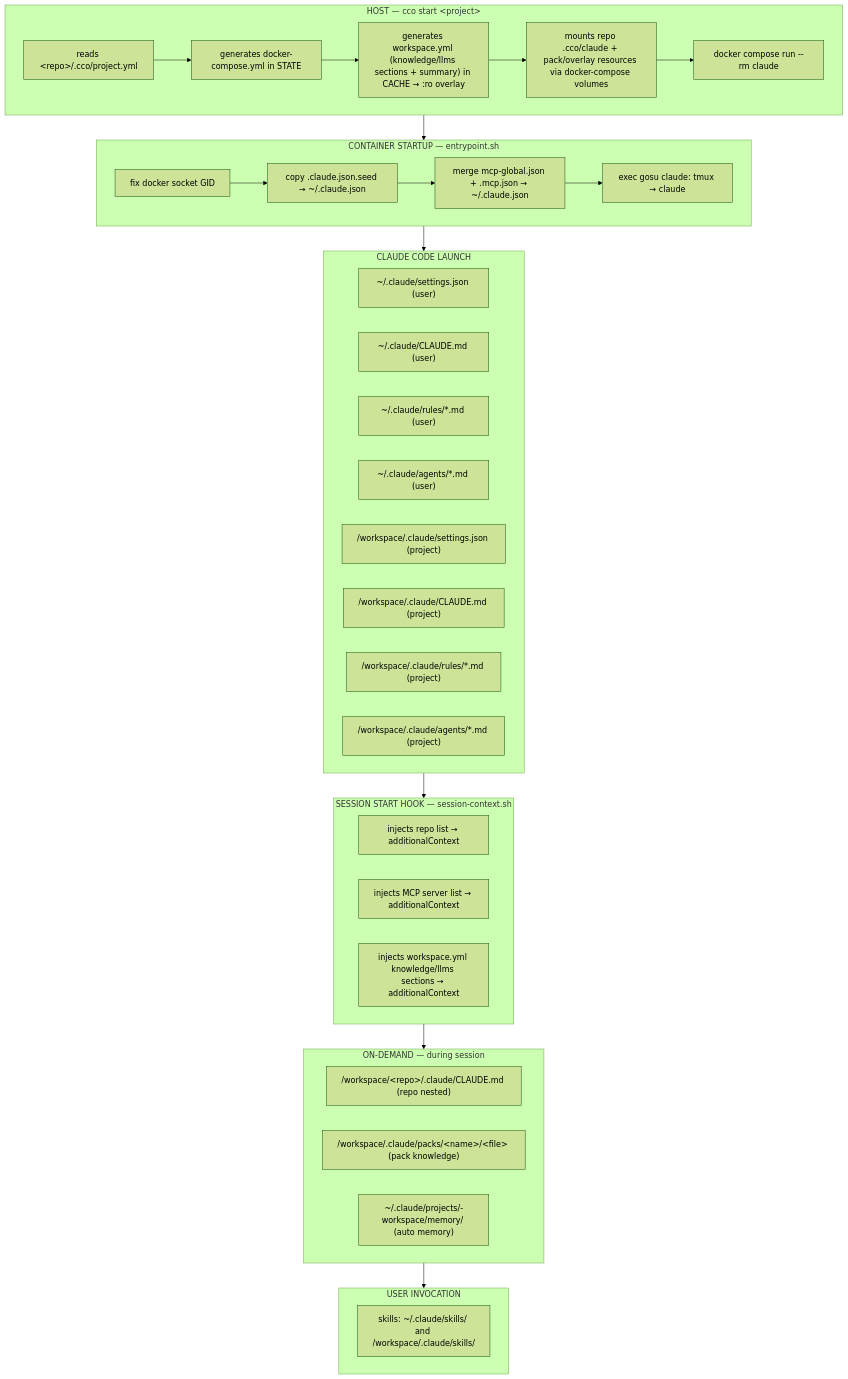
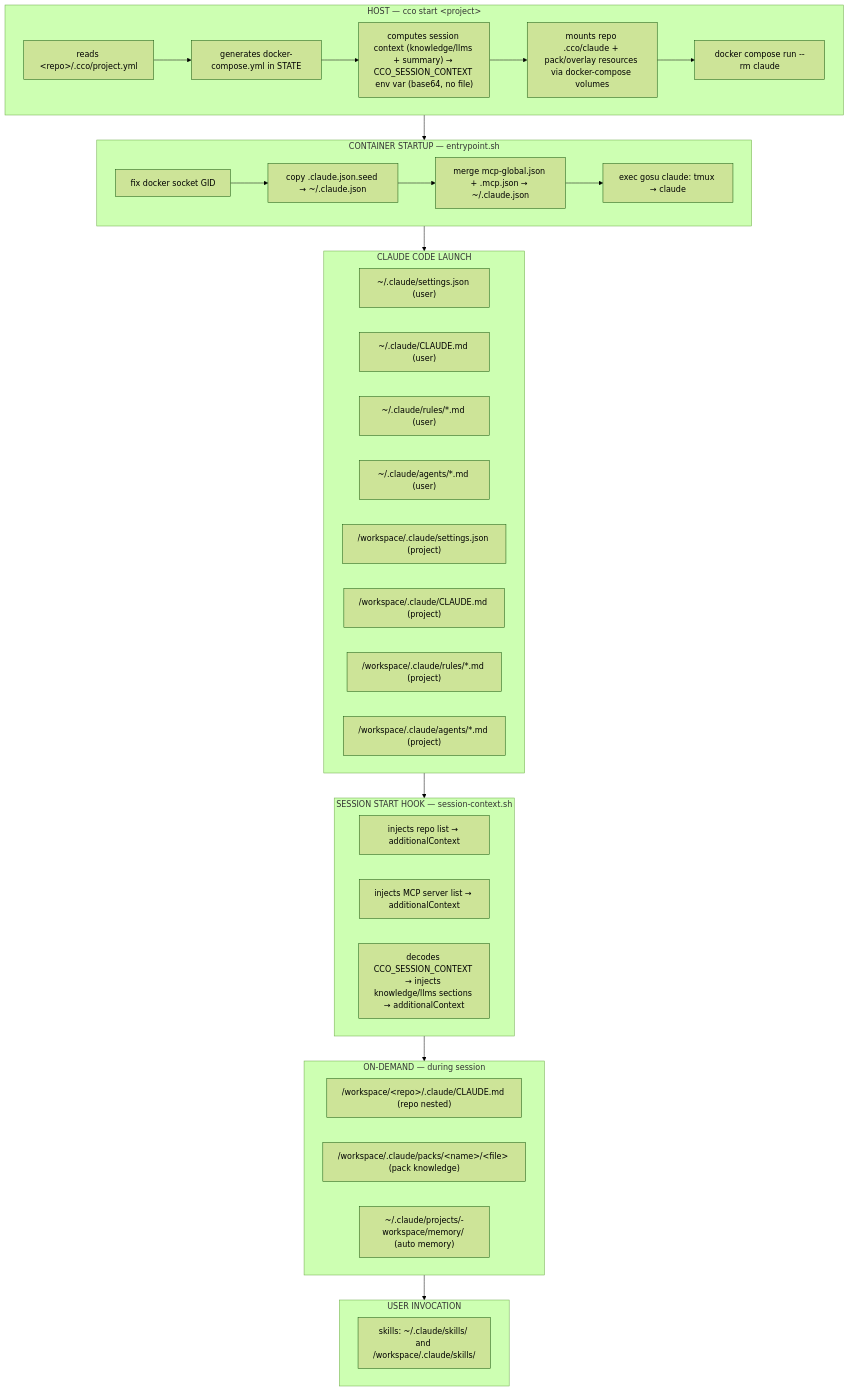
The diagram in docs/users/foundation/reference/context-hierarchy.md (alergyonthestage/claude-orchestrator), drawn with Mermaid (forest theme) before and after one commit. The commit also changed other lines of this file and 11 other files, not shown here.

````diff
--- a/docs/users/foundation/reference/context-hierarchy.md
+++ b/docs/users/foundation/reference/context-hierarchy.md
@@ -740,48 +741,48 @@
 ```mermaid
 graph TD
     subgraph HOST ["HOST — cco start &lt;project&gt;"]
         H1["reads &lt;repo&gt;/.cco/project.yml"]
         H2["generates docker-compose.yml in STATE"]
-        H3["generates workspace.yml (knowledge/llms sections + summary) in CACHE → :ro overlay"]
+        H3["computes session context (knowledge/llms + summary) → CCO_SESSION_CONTEXT env var (base64, no file)"]
         H5[mounts repo .cco/claude + pack/overlay resources via docker-compose volumes]
         H6[docker compose run --rm claude]
         H1 --> H2 --> H3 --> H5 --> H6
     end
 
     subgraph ENTRY ["CONTAINER STARTUP — entrypoint.sh"]
         E1[fix docker socket GID]
         E2[copy .claude.json.seed → ~/.claude.json]
         E3[merge mcp-global.json + .mcp.json → ~/.claude.json]
         E4[exec gosu claude: tmux → claude]
         E1 --> E2 --> E3 --> E4
     end
 
     subgraph LAUNCH ["CLAUDE CODE LAUNCH"]
         L1["~/.claude/settings.json (user)"]
         L2["~/.claude/CLAUDE.md (user)"]
         L3["~/.claude/rules/*.md (user)"]
         L4["~/.claude/agents/*.md (user)"]
         L5["/workspace/.claude/settings.json (project)"]
         L6["/workspace/.claude/CLAUDE.md (project)"]
         L7["/workspace/.claude/rules/*.md (project)"]
         L8["/workspace/.claude/agents/*.md (project)"]
     end
 
     subgraph HOOK ["SESSION START HOOK — session-context.sh"]
         K1[injects repo list → additionalContext]
         K2[injects MCP server list → additionalContext]
-        K3[injects workspace.yml knowledge/llms sections → additionalContext]
+        K3[decodes CCO_SESSION_CONTEXT → injects knowledge/llms sections → additionalContext]
     end
 
     subgraph DEMAND ["ON-DEMAND — during session"]
         D1["/workspace/&lt;repo&gt;/.claude/CLAUDE.md (repo nested)"]
         D2["/workspace/.claude/packs/&lt;name&gt;/&lt;file&gt; (pack knowledge)"]
         D3["~/.claude/projects/-workspace/memory/ (auto memory)"]
     end
 
     subgraph USER ["USER INVOCATION"]
         U1["skills: ~/.claude/skills/ and /workspace/.claude/skills/"]
     end
 
     HOST --> ENTRY --> LAUNCH --> HOOK --> DEMAND --> USER
 ```
````
